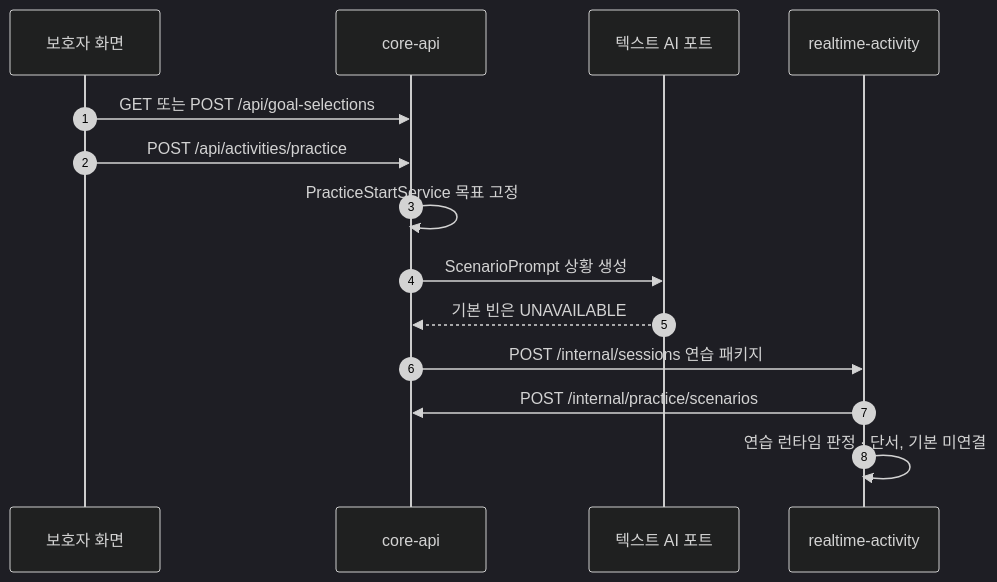
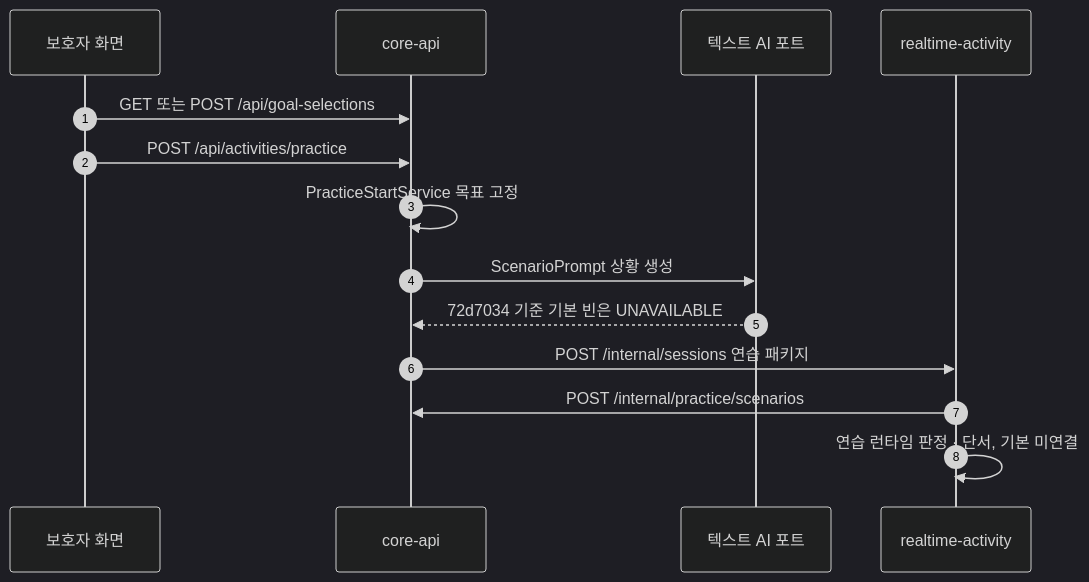
The fourth of 6 diagrams in aidlc/spaces/default/codekb/mujungi/architecture.md (team-jomyung/mujungi), drawn with Mermaid (dark theme) before and after one commit. The commit also changed other lines of this file and 11 other files, not shown here.

````diff
--- a/aidlc/spaces/default/codekb/mujungi/architecture.md
+++ b/aidlc/spaces/default/codekb/mujungi/architecture.md
@@ -162,16 +172,16 @@
 ```mermaid
 sequenceDiagram
     autonumber
     participant P as 보호자 화면
     participant C as core-api
     participant T as 텍스트 AI 포트
     participant R as realtime-activity
     P->>C: GET 또는 POST /api/goal-selections
     P->>C: POST /api/activities/practice
     C->>C: PracticeStartService 목표 고정
     C->>T: ScenarioPrompt 상황 생성
-    T-->>C: 기본 빈은 UNAVAILABLE
+    T-->>C: 72d7034 기준 기본 빈은 UNAVAILABLE
     C->>R: POST /internal/sessions 연습 패키지
     R->>C: POST /internal/practice/scenarios
     R->>R: 연습 런타임 판정 · 단서, 기본 미연결
 ```
````
